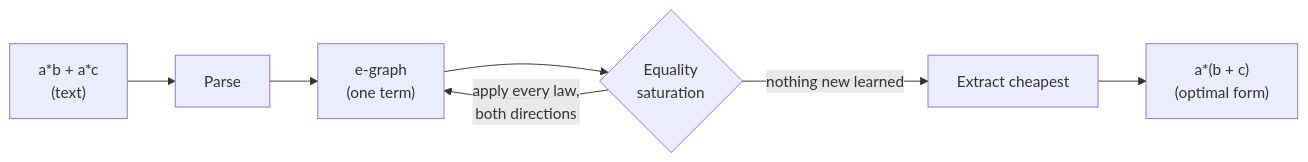
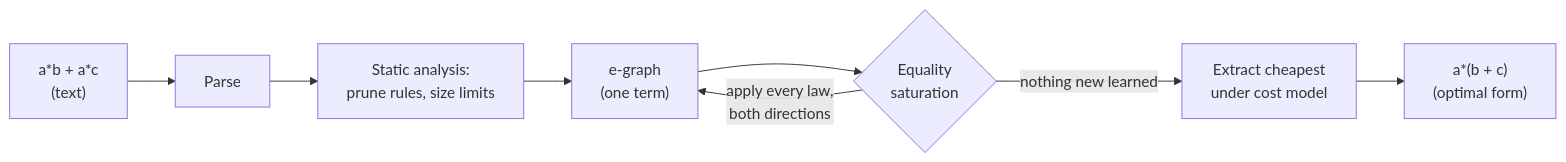
The diagram in README.md (elianalfonsolopezpreciado/Logic-Loom), drawn with Mermaid before and after one commit. The commit also changed other lines of this file and 16 other files, not shown here.

First line of the commit message:
v0.3.0: hardware cost models, domain safety, effects, static pruning, LLVM IR

````diff
--- a/README.md
+++ b/README.md
@@ -128,9 +137,10 @@
 ```mermaid
 flowchart LR
     A["a*b + a*c<br/>(text)"] --> B[Parse]
-    B --> C["e-graph<br/>(one term)"]
+    B --> P[Static analysis:<br/>prune rules, size limits]
+    P --> C["e-graph<br/>(one term)"]
     C --> D{Equality<br/>saturation}
     D -->|apply every law,<br/>both directions| C
-    D -->|nothing new learned| E[Extract cheapest]
+    D -->|nothing new learned| E[Extract cheapest<br/>under cost model]
     E --> F["a*(b + c)<br/>(optimal form)"]
 ```
````
